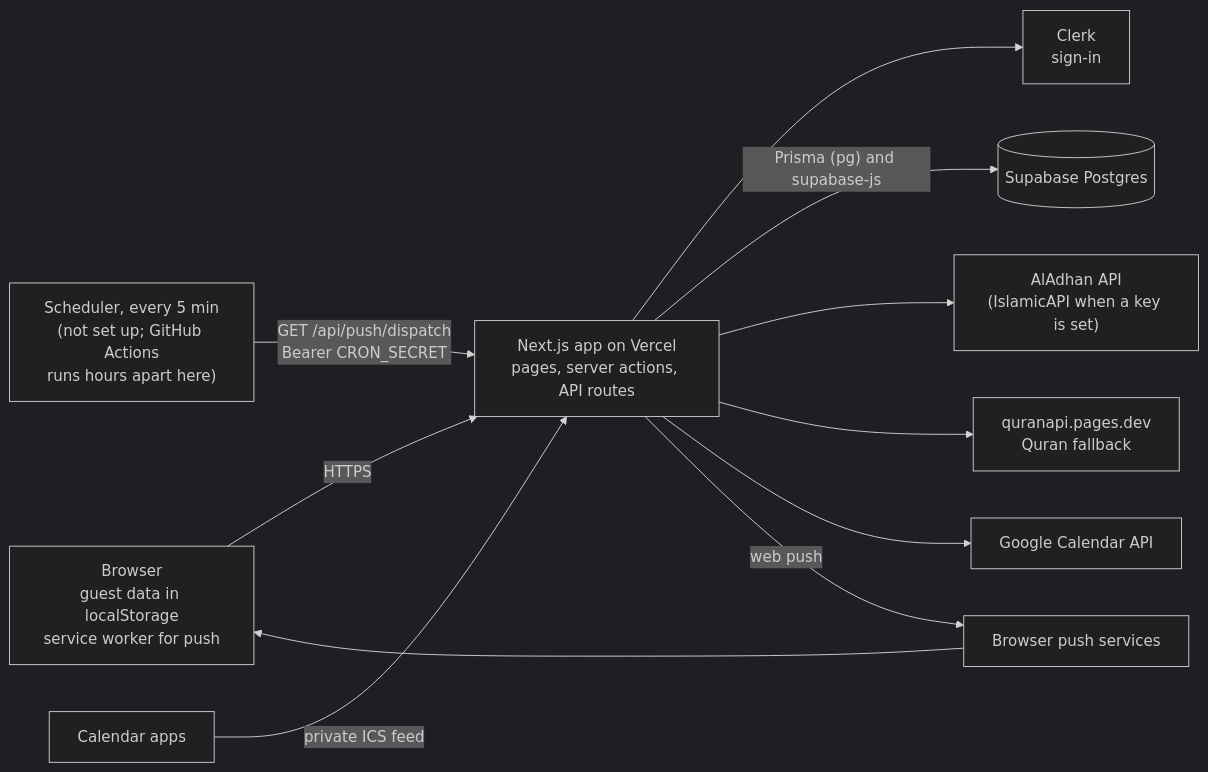
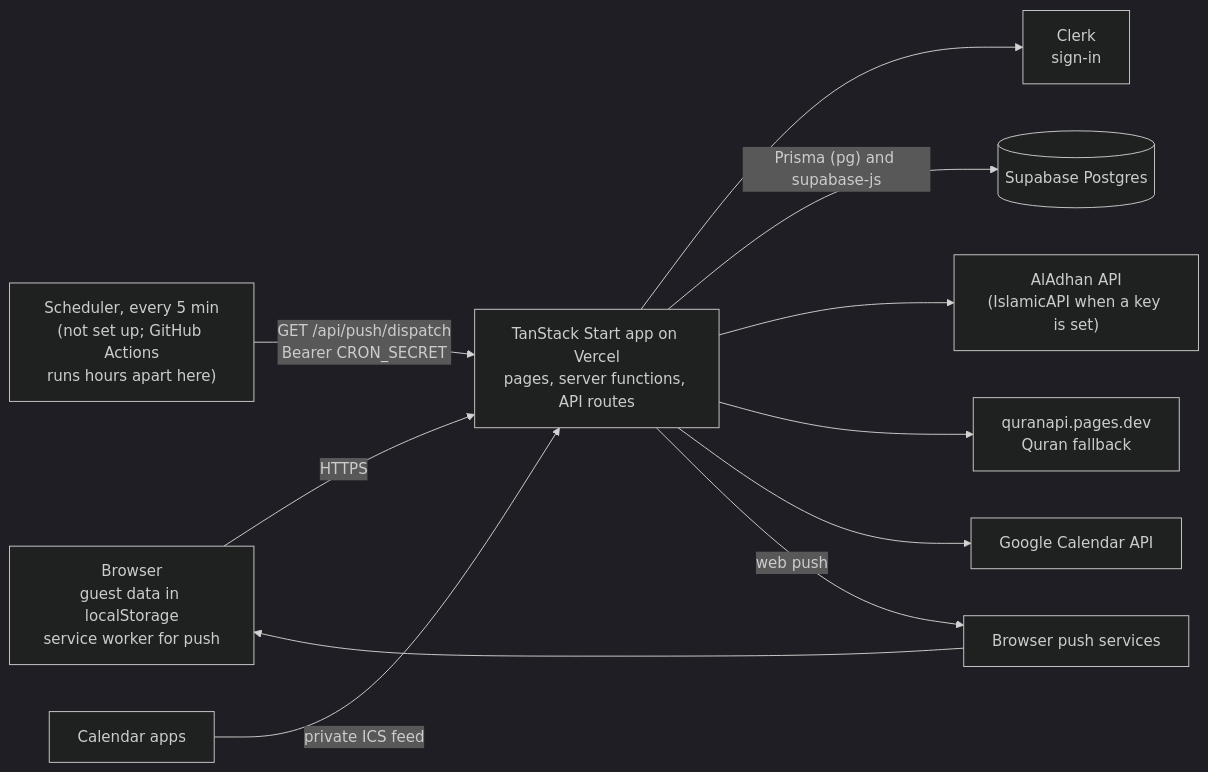
Before and after one commit to tahmidbintaslim/Ramadan-Planner: the diagram in README.md, drawn with Mermaid (dark theme). The commit also changed other lines of this file and 59 other files, not shown here.

````diff
--- a/README.md
+++ b/README.md
@@ -54,23 +54,23 @@
 ```mermaid
 flowchart LR
   browser["Browser<br/>guest data in localStorage<br/>service worker for push"]
-  app["Next.js app on Vercel<br/>pages, server actions, API routes"]
+  app["TanStack Start app on Vercel<br/>pages, server functions, API routes"]
   clerk["Clerk<br/>sign-in"]
   db[("Supabase Postgres")]
   prayer["AlAdhan API<br/>(IslamicAPI when a key is set)"]
   quran["quranapi.pages.dev<br/>Quran fallback"]
   google["Google Calendar API"]
   cron["Scheduler, every 5 min<br/>(not set up; GitHub Actions<br/>runs hours apart here)"]
   pushsvc["Browser push services"]
   calapps["Calendar apps"]
 
   browser -->|HTTPS| app
   app --> clerk
   app -->|"Prisma (pg) and supabase-js"| db
   app --> prayer
   app --> quran
   app --> google
   cron -->|"GET /api/push/dispatch<br/>Bearer CRON_SECRET"| app
   app -->|web push| pushsvc --> browser
   calapps -->|private ICS feed| app
 ```
````
